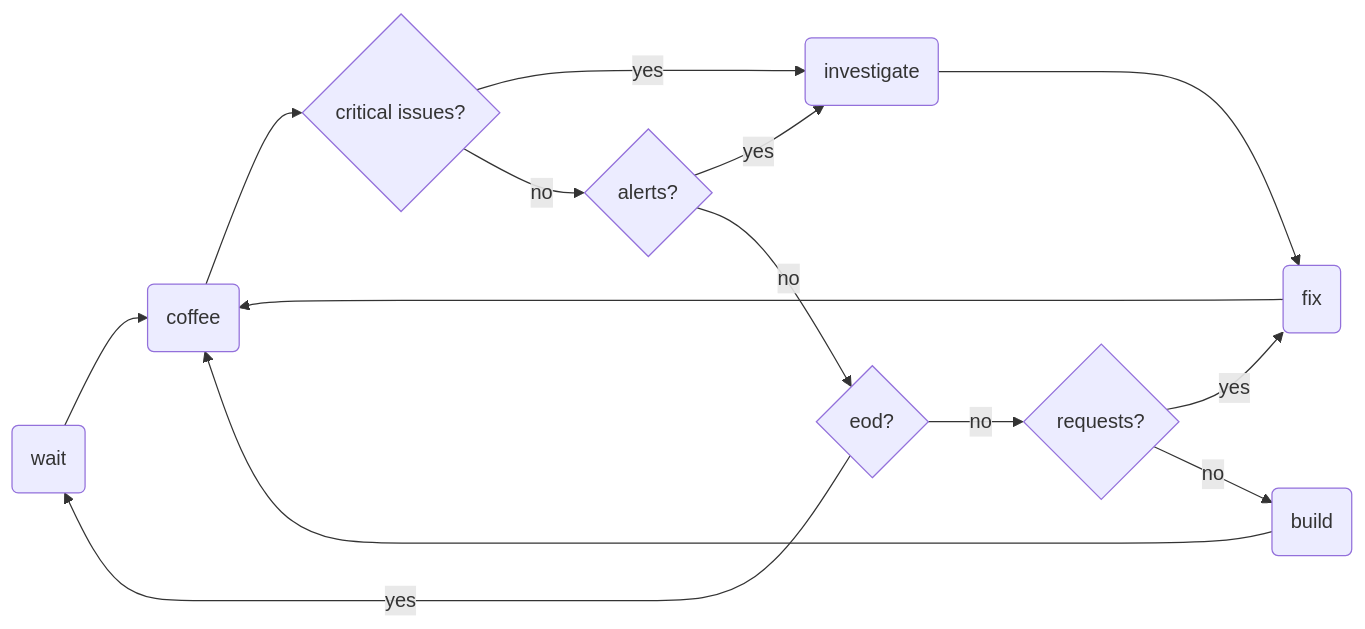
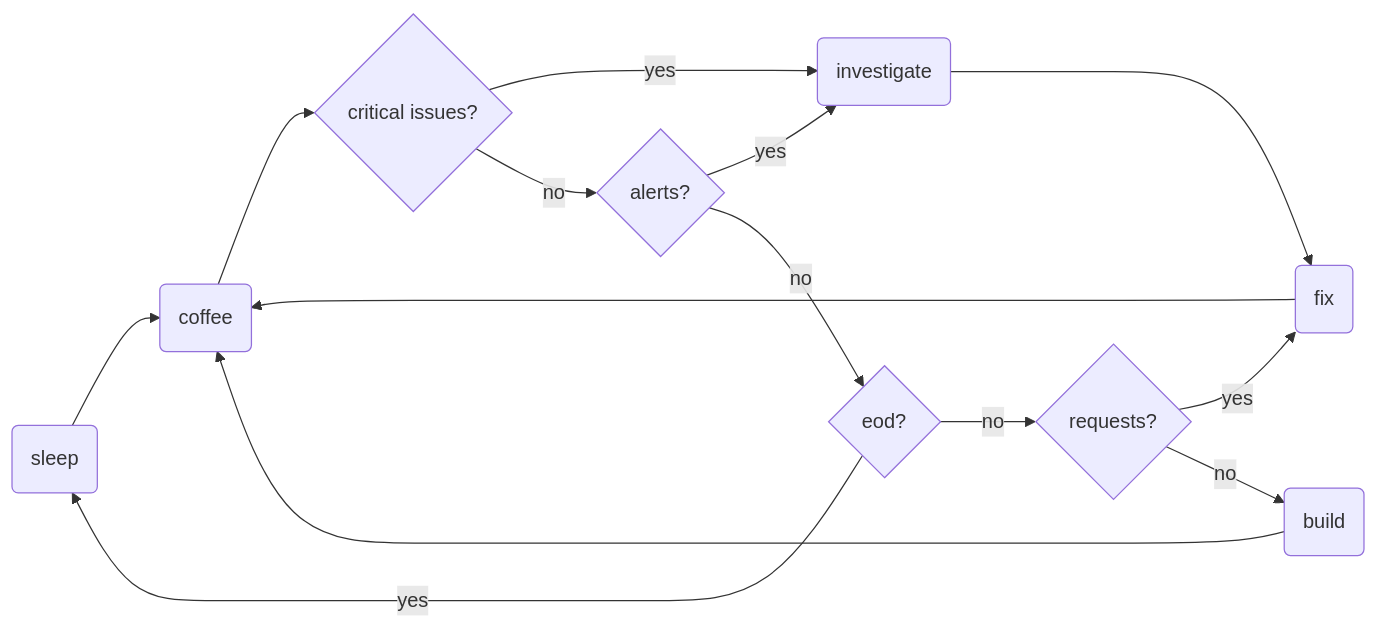
One commit to arthurkamwt10/arthurkamwt10 changed the diagram in README.md. Above: the diagram before and after it, drawn with Mermaid.

````diff
--- a/README.md
+++ b/README.md
@@ -1,34 +1,34 @@
 ```mermaid
 
 flowchart LR
-  s(wait)
+  s(sleep)
   c(coffee)
 
   d0(investigate)
   d1(fix)
   d2(build)
 
   if0{critical issues?}
   if1{alerts?}
   if2{requests?}
   ifn{eod?}
 
   c --> if0
   if0 -- yes --> d0
   if0 -- no --> if1
 
   if1 -- yes --> d0
   if1 -- no --> ifn
 
   ifn -- yes --> s
   ifn -- no --> if2
 
   if2 -- yes --> d1
   if2 -- no --> d2
 
   s --> c
   d0 --> d1
   d1 --> c
   d2 --> c
 
 ```
````
